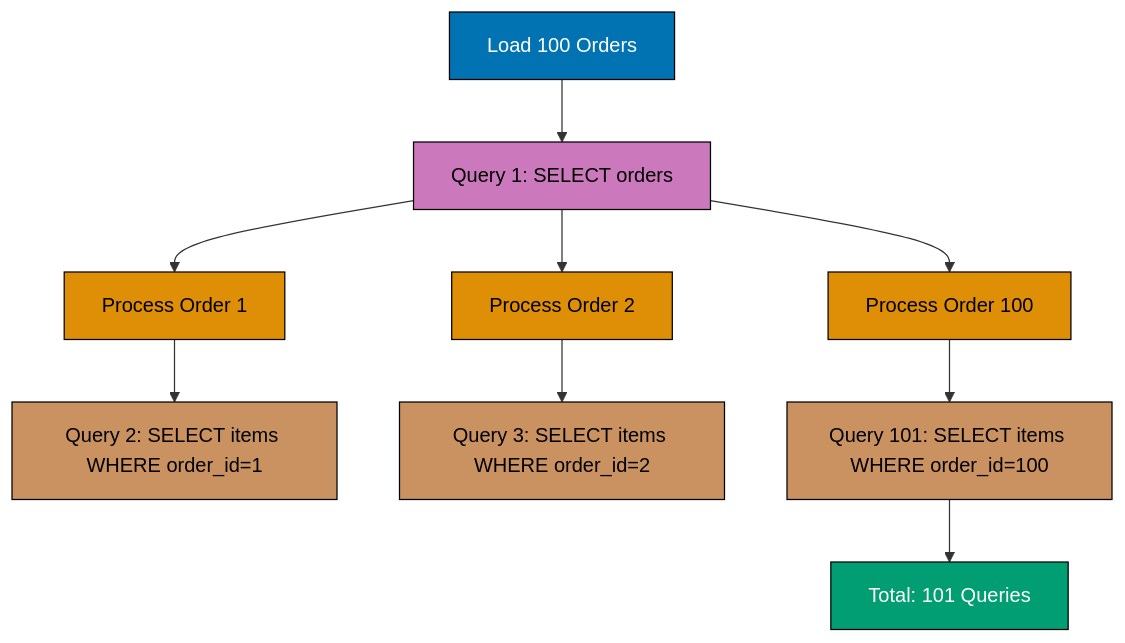
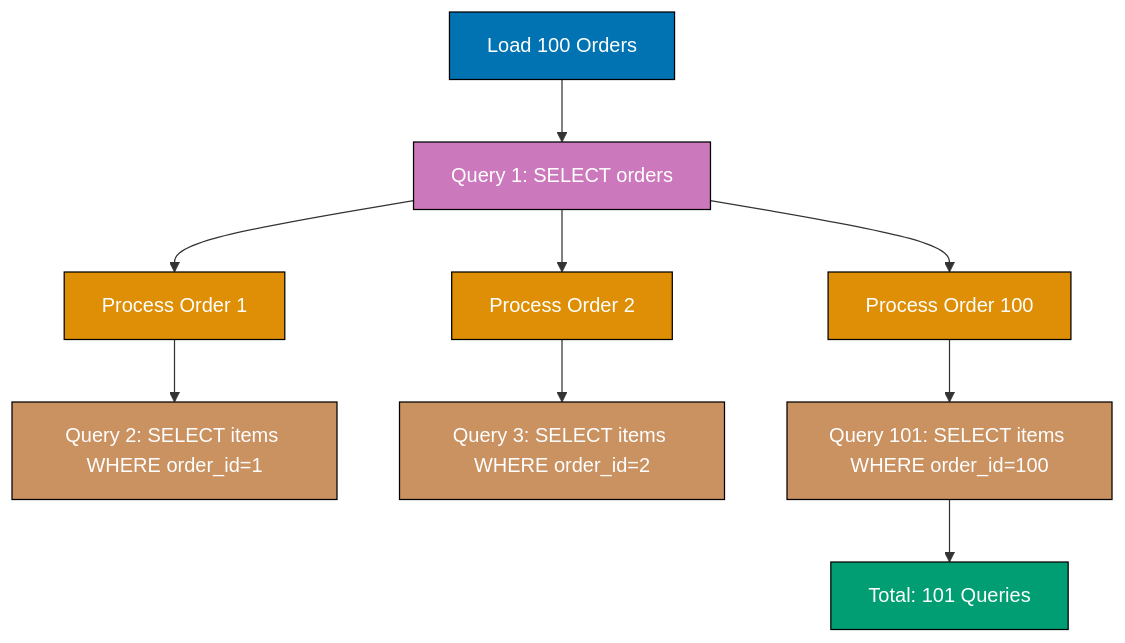
The eighth of 12 diagrams in apps/ayokoding-web/content/en/learn/software-engineering/data/tools/spring-data-jpa/by-example/intermediate.md (wahidyankf/open-sharia-enterprise), drawn with Mermaid before and after one commit. The commit also changed other lines of this file and 61 other files, not shown here.

First line of the commit message:
fix(ayokoding-web): quote Mermaid node labels with special characters in Example 63

````diff
--- a/apps/ayokoding-web/content/en/learn/software-engineering/data/tools/spring-data-jpa/by-example/intermediate.md
+++ b/apps/ayokoding-web/content/en/learn/software-engineering/data/tools/spring-data-jpa/by-example/intermediate.md
@@ -1331,22 +1331,22 @@
 ```mermaid
 %% N+1 problem visualization
 graph TD
     A[Load 100 Orders] --> B[Query 1: SELECT orders]
     B --> C[Process Order 1]
     C --> D[Query 2: SELECT items WHERE order_id=1]
     B --> E[Process Order 2]
     E --> F[Query 3: SELECT items WHERE order_id=2]
     B --> G[Process Order 100]
     G --> H[Query 101: SELECT items WHERE order_id=100]
     H --> I[Total: 101 Queries]
 
     style A fill:#0173B2,stroke:#000,color:#fff
-    style B fill:#CC78BC,stroke:#000,color:#000
-    style C fill:#DE8F05,stroke:#000,color:#000
-    style D fill:#CA9161,stroke:#000,color:#000
-    style E fill:#DE8F05,stroke:#000,color:#000
-    style F fill:#CA9161,stroke:#000,color:#000
-    style G fill:#DE8F05,stroke:#000,color:#000
-    style H fill:#CA9161,stroke:#000,color:#000
+    style B fill:#CC78BC,stroke:#000,color:#fff
+    style C fill:#DE8F05,stroke:#000,color:#fff
+    style D fill:#CA9161,stroke:#000,color:#fff
+    style E fill:#DE8F05,stroke:#000,color:#fff
+    style F fill:#CA9161,stroke:#000,color:#fff
+    style G fill:#DE8F05,stroke:#000,color:#fff
+    style H fill:#CA9161,stroke:#000,color:#fff
     style I fill:#029E73,stroke:#000,color:#fff
 ```
````
